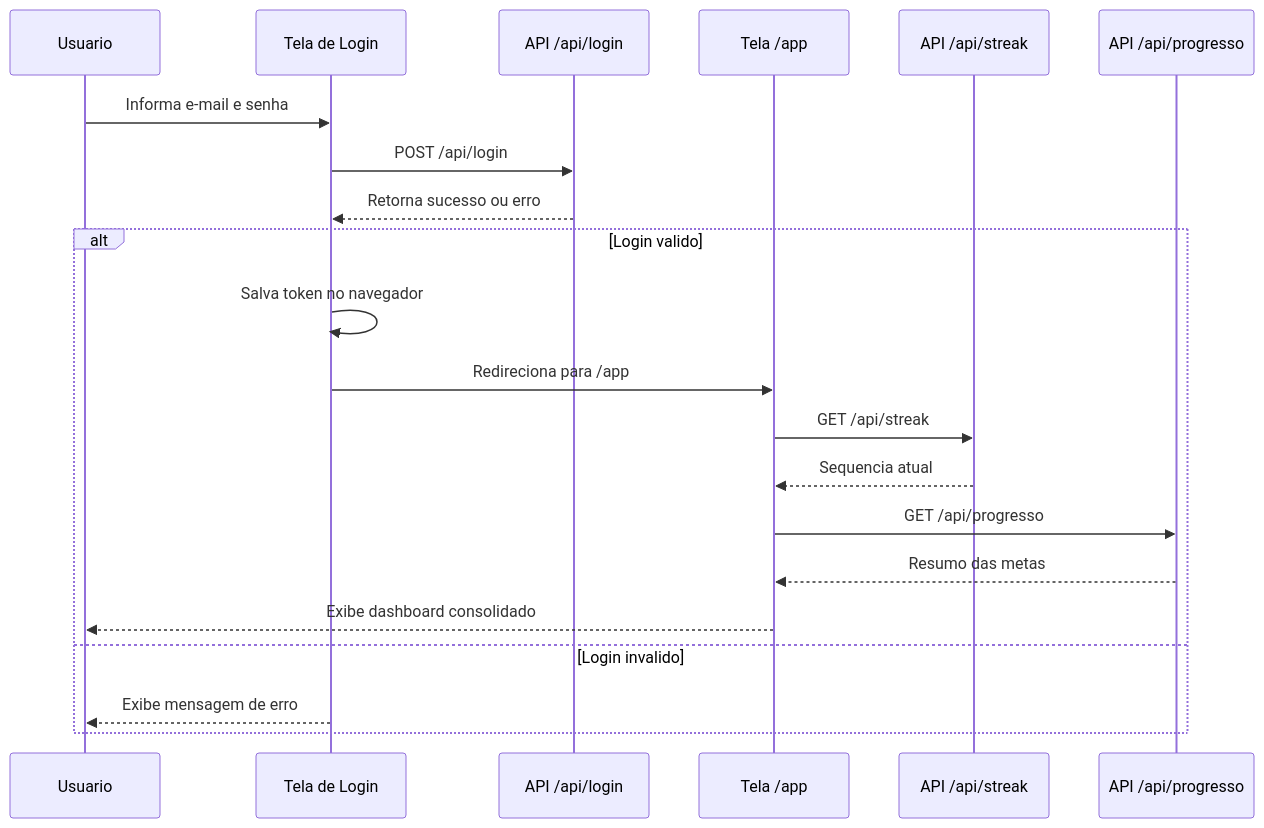
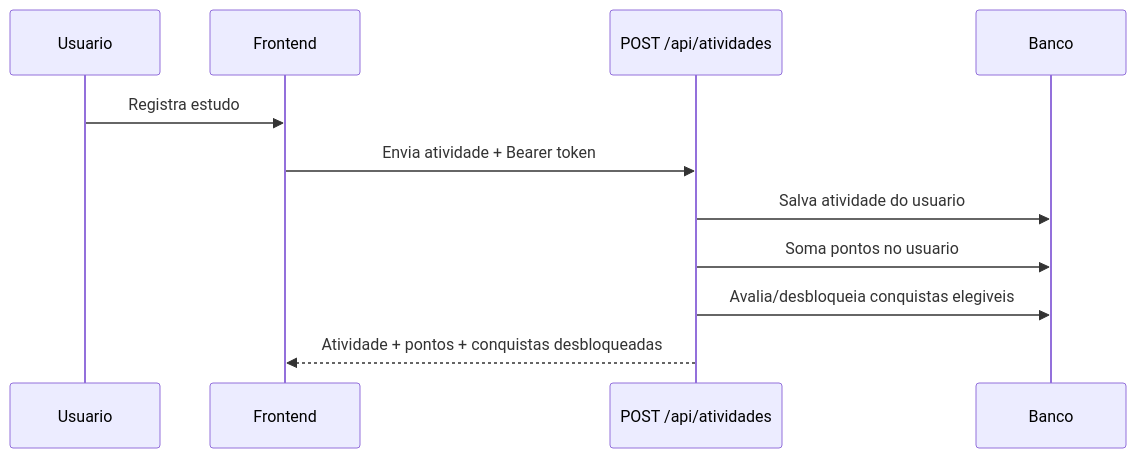
The second of 3 diagrams in docs/DIAGRAMAS_TELAS_USUARIO_FINAL.md (art4raujo0/xp-diario), drawn with Mermaid before and after one commit. The commit also changed other lines of this file and 15 other files, not shown here.

Commit message:
docs: atualizar artefatos e diagramas para conquistas e pontuação

````diff
--- a/docs/DIAGRAMAS_TELAS_USUARIO_FINAL.md
+++ b/docs/DIAGRAMAS_TELAS_USUARIO_FINAL.md
@@ -83,24 +22,14 @@
 ```mermaid
 sequenceDiagram
     participant U as Usuario
-    participant TL as Tela de Login
-    participant API as API /api/login
-    participant APP as Tela /app
-    participant ST as API /api/streak
-    participant PR as API /api/progresso
+    participant APP as Frontend
+    participant API as POST /api/atividades
+    participant DB as Banco
 
-    U->>TL: Informa e-mail e senha
-    TL->>API: POST /api/login
-    API-->>TL: Retorna sucesso ou erro
-    alt Login valido
-        TL->>TL: Salva token no navegador
-        TL->>APP: Redireciona para /app
-        APP->>ST: GET /api/streak
-        ST-->>APP: Sequencia atual
-        APP->>PR: GET /api/progresso
-        PR-->>APP: Resumo das metas
-        APP-->>U: Exibe dashboard consolidado
-    else Login invalido
-        TL-->>U: Exibe mensagem de erro
-    end
+    U->>APP: Registra estudo
+    APP->>API: Envia atividade + Bearer token
+    API->>DB: Salva atividade do usuario
+    API->>DB: Soma pontos no usuario
+    API->>DB: Avalia/desbloqueia conquistas elegiveis
+    API-->>APP: Atividade + pontos + conquistas desbloqueadas
 ```
````
